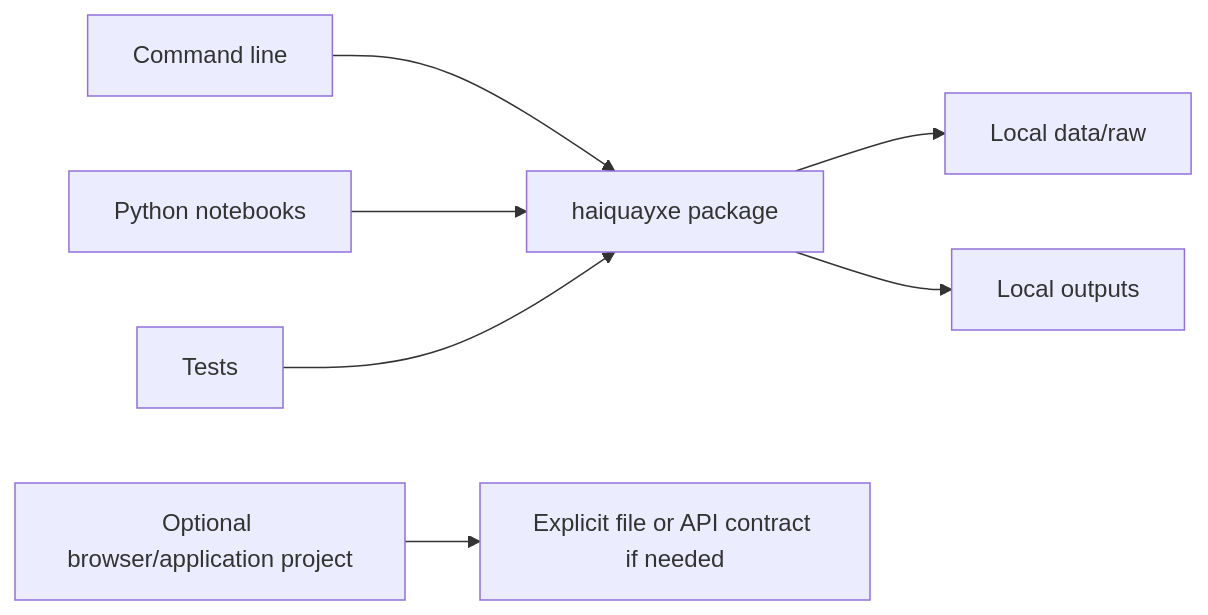
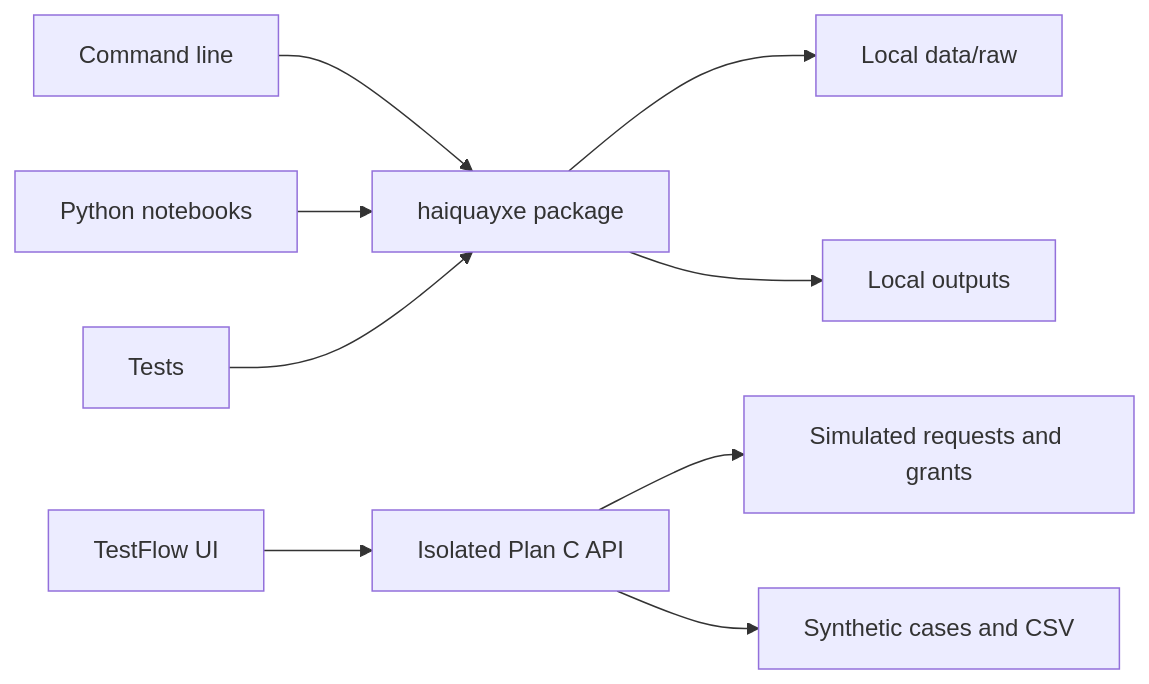
Before and after one commit to kiemminh000/RMIT-Hackathon---Team-HaiQuayXe: the diagram in docs/architecture.md, drawn with Mermaid. The commit also changed other lines of this file and 29 other files, not shown here.

Commit message:
Deliver Plan C demo and promote audited mmBERT result

````diff
--- a/docs/architecture.md
+++ b/docs/architecture.md
@@ -13,9 +31,11 @@
 ```mermaid
 flowchart LR
     CLI[Command line] --> Core[haiquayxe package]
     NB[Python notebooks] --> Core
     Core --> Raw[Local data/raw]
     Core --> Out[Local outputs]
     Tests[Tests] --> Core
-    App[Optional browser/application project] --> Export[Explicit file or API contract if needed]
+    App[TestFlow UI] --> Demo[Isolated Plan C API]
+    Demo --> Grants[Simulated requests and grants]
+    Demo --> Cases[Synthetic cases and CSV]
 ```
````
